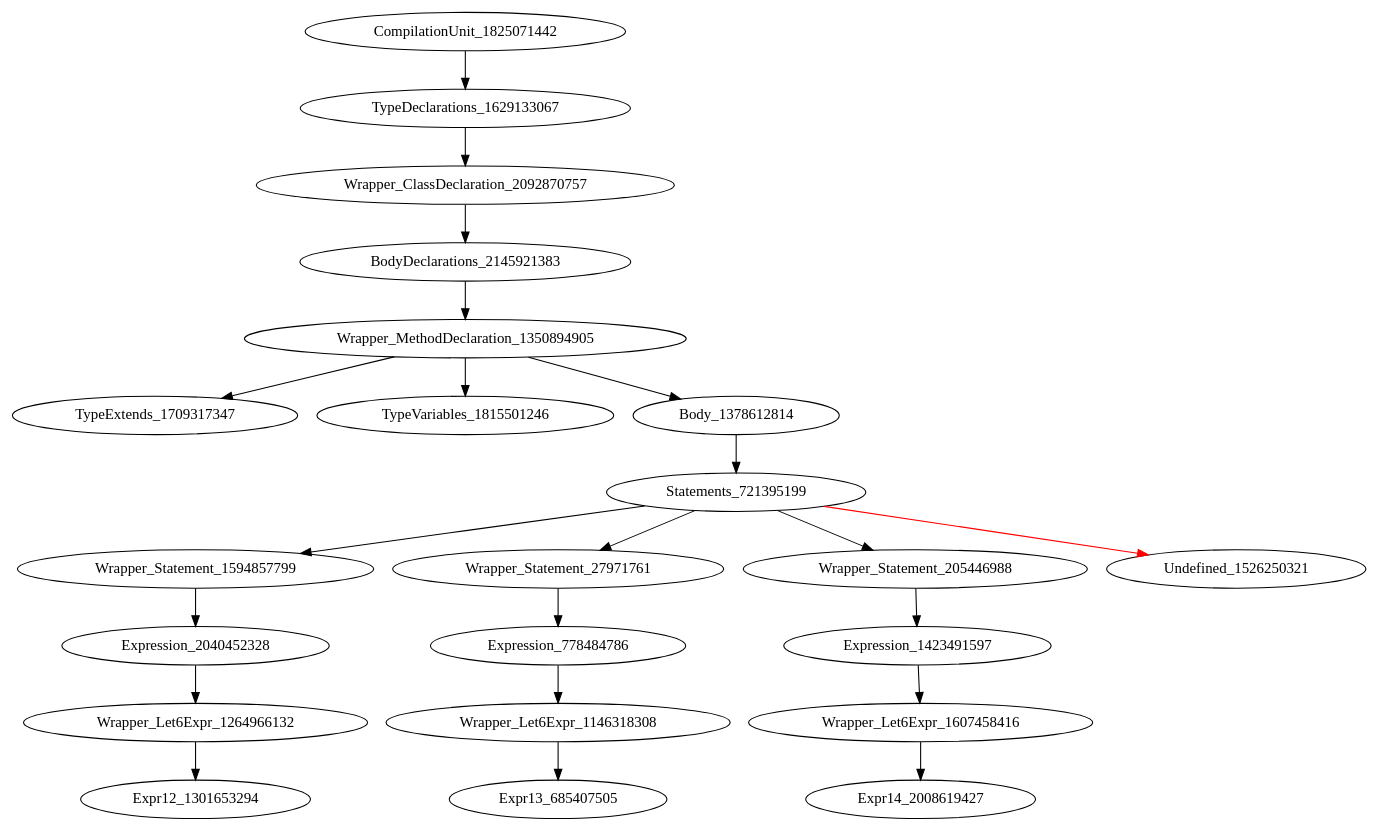
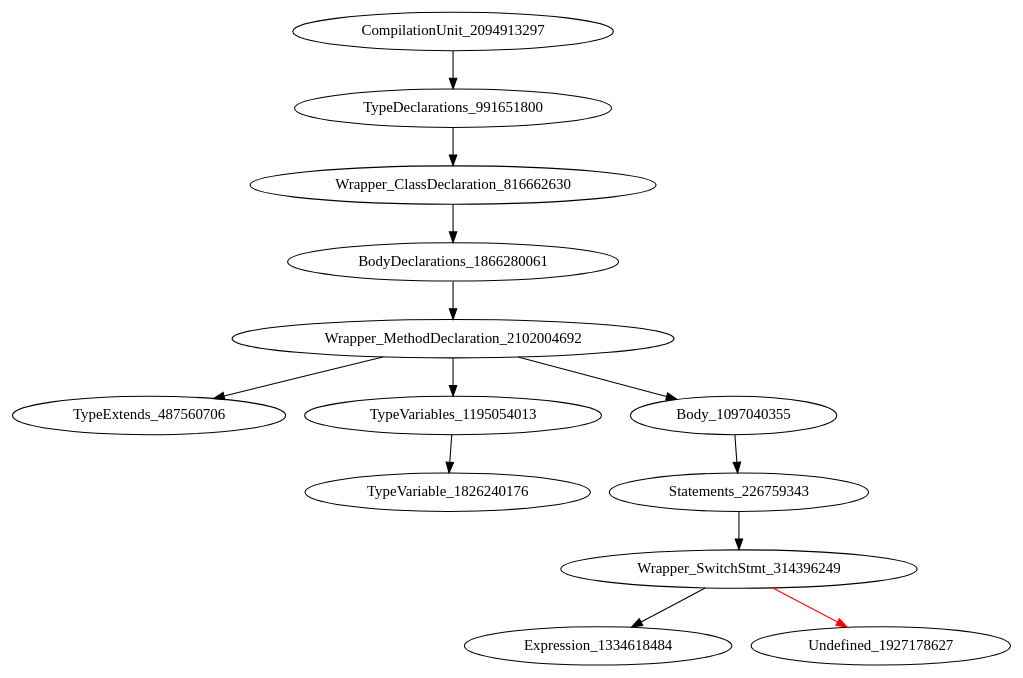
Before and after one commit to icse2023material/VoiceJava: the diagram in holeAST.dot, drawn with Graphviz. The commit also changed 16 other files, not shown here.

```diff
--- a/holeAST.dot
+++ b/holeAST.dot
@@ -1,23 +1,14 @@
 digraph {
-CompilationUnit_1825071442 -> TypeDeclarations_1629133067
-TypeDeclarations_1629133067 -> Wrapper_ClassDeclaration_2092870757
-Wrapper_ClassDeclaration_2092870757 -> BodyDeclarations_2145921383
-BodyDeclarations_2145921383 -> Wrapper_MethodDeclaration_1350894905
-Wrapper_MethodDeclaration_1350894905 -> TypeExtends_1709317347
-Wrapper_MethodDeclaration_1350894905 -> TypeVariables_1815501246
-Wrapper_MethodDeclaration_1350894905 -> Body_1378612814
-Body_1378612814 -> Statements_721395199
-Statements_721395199 -> Wrapper_Statement_1594857799
-Statements_721395199 -> Wrapper_Statement_27971761
-Statements_721395199 -> Wrapper_Statement_205446988
-Statements_721395199 -> Undefined_1526250321 [color = red] 
-Wrapper_Statement_1594857799 -> Expression_2040452328
-Wrapper_Statement_27971761 -> Expression_778484786
-Wrapper_Statement_205446988 -> Expression_1423491597
-Expression_2040452328 -> Wrapper_Let6Expr_1264966132
-Expression_778484786 -> Wrapper_Let6Expr_1146318308
-Expression_1423491597 -> Wrapper_Let6Expr_1607458416
-Wrapper_Let6Expr_1264966132 -> Expr12_1301653294
-Wrapper_Let6Expr_1146318308 -> Expr13_685407505
-Wrapper_Let6Expr_1607458416 -> Expr14_2008619427
+CompilationUnit_2094913297 -> TypeDeclarations_991651800
+TypeDeclarations_991651800 -> Wrapper_ClassDeclaration_816662630
+Wrapper_ClassDeclaration_816662630 -> BodyDeclarations_1866280061
+BodyDeclarations_1866280061 -> Wrapper_MethodDeclaration_2102004692
+Wrapper_MethodDeclaration_2102004692 -> TypeExtends_487560706
+Wrapper_MethodDeclaration_2102004692 -> TypeVariables_1195054013
+Wrapper_MethodDeclaration_2102004692 -> Body_1097040355
+TypeVariables_1195054013 -> TypeVariable_1826240176
+Body_1097040355 -> Statements_226759343
+Statements_226759343 -> Wrapper_SwitchStmt_314396249
+Wrapper_SwitchStmt_314396249 -> Expression_1334618484
+Wrapper_SwitchStmt_314396249 -> Undefined_1927178627 [color = red] 
 }
```
